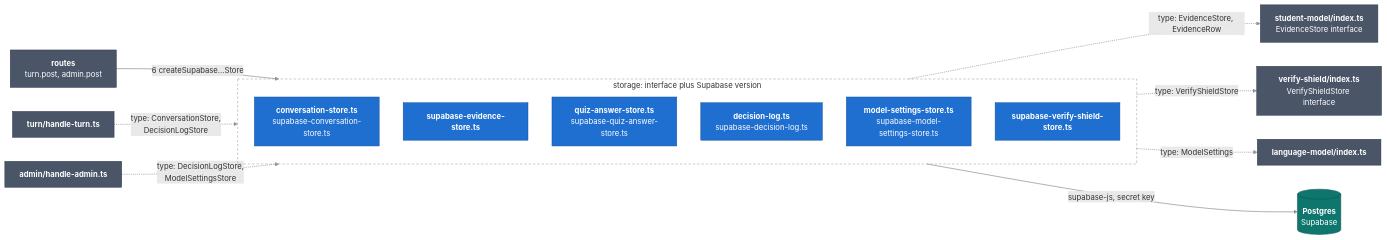
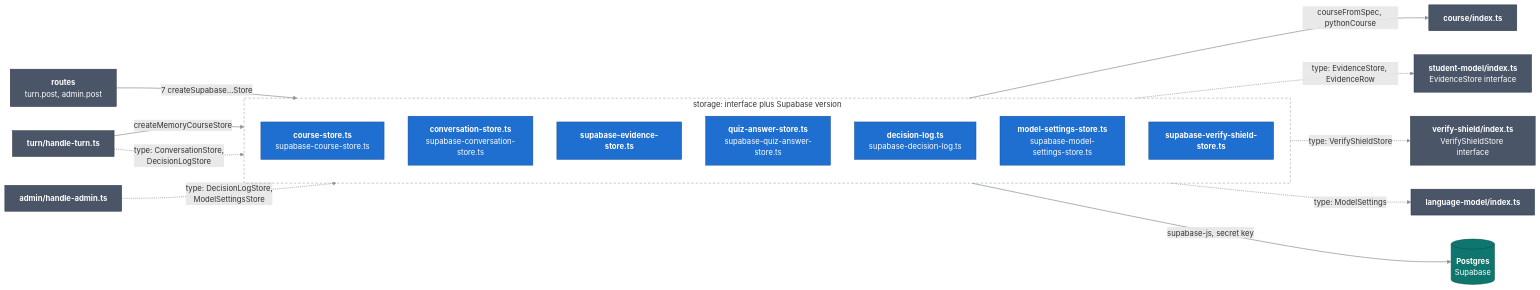
Before and after one commit to Bill2926/COS40005_HN9_Verifiable_Co-Learner_Agent: the diagram in docs/c4/03-components/server/08-storage.md, drawn with Mermaid. The commit also changed other lines of this file and 28 other files, not shown here.

````diff
--- a/docs/c4/03-components/server/08-storage.md
+++ b/docs/c4/03-components/server/08-storage.md
@@ -10,35 +12,39 @@
 ```mermaid
 flowchart LR
   classDef comp fill:#1f6fd0,stroke:#164f96,color:#ffffff
   classDef near fill:#4a5568,stroke:#2d3748,color:#ffffff
   classDef db fill:#0f766e,stroke:#0a4f4a,color:#ffffff
   linkStyle default stroke:#8b949e,stroke-width:1.5px
 
   routes["<b>routes</b><br/>turn.post, admin.post"]:::near
   turn["<b>turn/handle-turn.ts</b>"]:::near
   admin["<b>admin/handle-admin.ts</b>"]:::near
   shieldIface["<b>verify-shield/index.ts</b><br/>VerifyShieldStore interface"]:::near
   evIface["<b>student-model/index.ts</b><br/>EvidenceStore interface"]:::near
   choice["<b>language-model/index.ts</b>"]:::near
+  course["<b>course/index.ts</b>"]:::near
   db[("<b>Postgres</b><br/>Supabase")]:::db
 
   subgraph storage["storage: interface plus Supabase version"]
     direction TB
+    courses["<b>course-store.ts</b><br/>supabase-course-store.ts"]:::comp
     conv["<b>conversation-store.ts</b><br/>supabase-conversation-store.ts"]:::comp
     ev["<b>supabase-evidence-store.ts</b>"]:::comp
     quiz["<b>quiz-answer-store.ts</b><br/>supabase-quiz-answer-store.ts"]:::comp
     dec["<b>decision-log.ts</b><br/>supabase-decision-log.ts"]:::comp
     ms["<b>model-settings-store.ts</b><br/>supabase-model-settings-store.ts"]:::comp
     vs["<b>supabase-verify-shield-store.ts</b>"]:::comp
   end
 
-  routes -->|"6 createSupabase...Store"| storage
+  routes -->|"7 createSupabase...Store"| storage
+  courses -->|"courseFromSpec, pythonCourse"| course
   ev -.->|"type: EvidenceStore, EvidenceRow"| evIface
   turn -.->|"type: ConversationStore,<br/>DecisionLogStore"| storage
+  turn -->|"createMemoryCourseStore"| courses
   vs -.->|"type: VerifyShieldStore"| shieldIface
   admin -.->|"type: DecisionLogStore,<br/>ModelSettingsStore"| storage
   ms -.->|"type: ModelSettings"| choice
   storage -->|"supabase-js, secret key"| db
 
   style storage fill:none,stroke:#8b949e,stroke-dasharray:5 4
 ```
````
